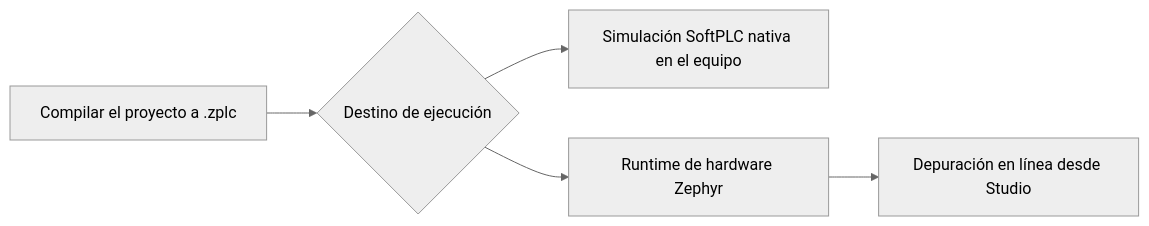
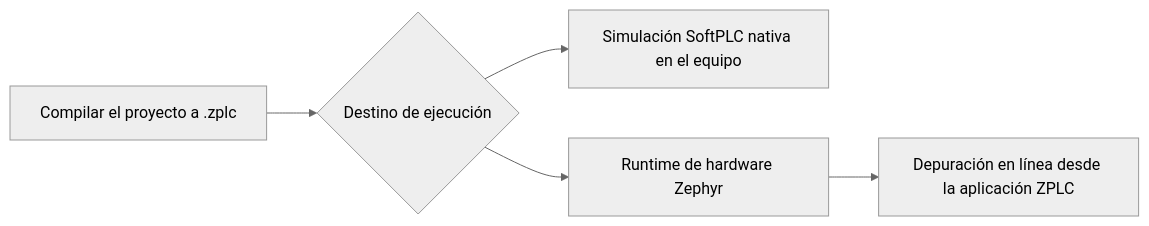
The diagram in docs/i18n/es/docusaurus-plugin-content-docs/current/integration/index.md (eduardojvieira/ZPLC), drawn with Mermaid (neutral theme) before and after one commit. The commit also changed other lines of this file and 23 other files, not shown here.

````diff
--- a/docs/i18n/es/docusaurus-plugin-content-docs/current/integration/index.md
+++ b/docs/i18n/es/docusaurus-plugin-content-docs/current/integration/index.md
@@ -18,7 +18,7 @@
 ```mermaid
 flowchart LR
   A[Compilar el proyecto a .zplc] --> B{Destino de ejecución}
   B --> D[Simulación SoftPLC nativa en el equipo]
   B --> E[Runtime de hardware Zephyr]
-  E --> F[Depuración en línea desde Studio]
+  E --> F[Depuración en línea desde la aplicación ZPLC]
 ```
````
